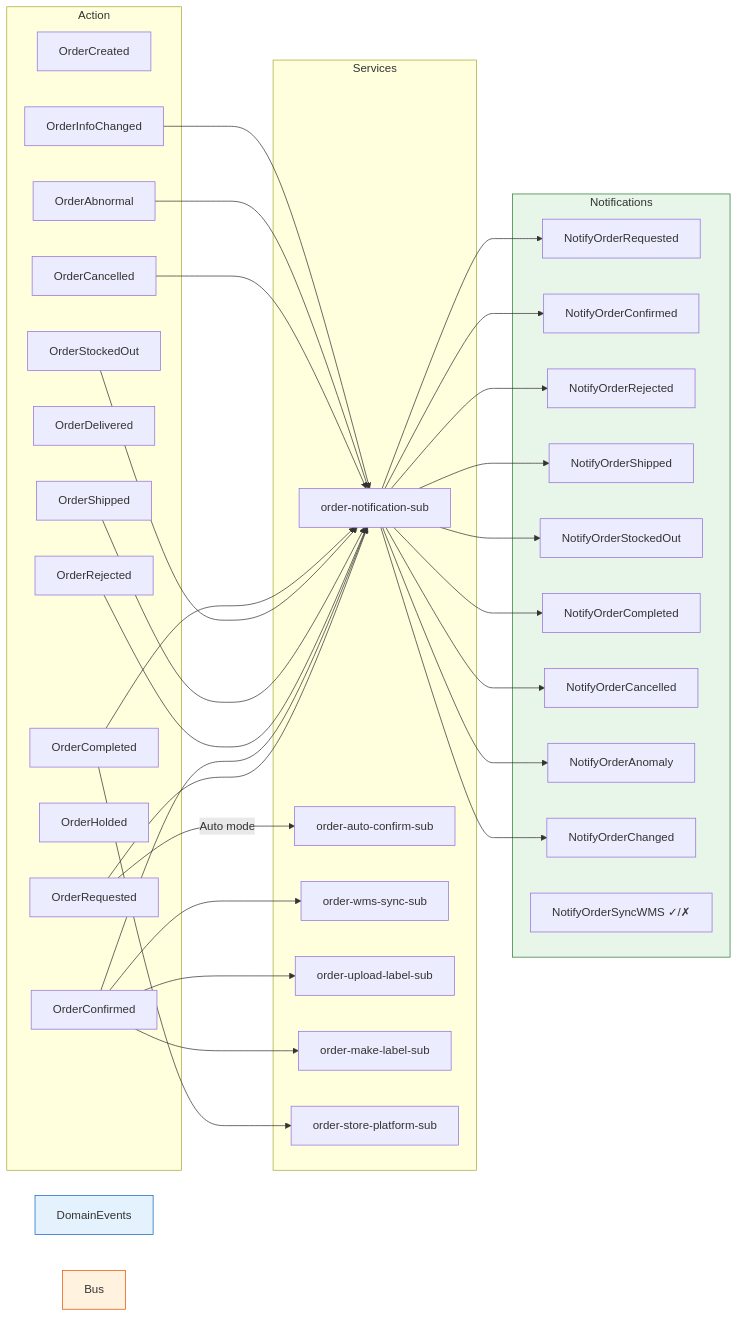
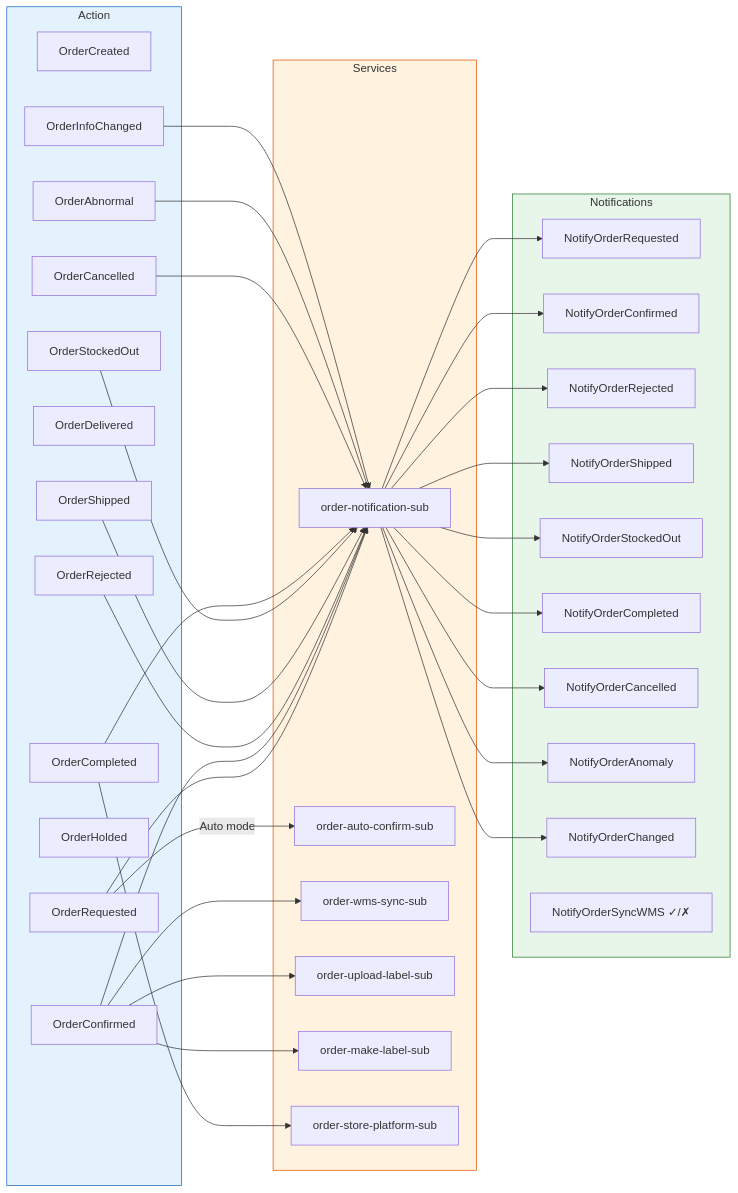
Before and after one commit to quanghieu93/mermaid-test: the second of 5 diagrams in Order-WorkFlow-2.md, drawn with Mermaid.

Commit message:
Update styles for Action and Services in workflow

````diff
--- a/Order-WorkFlow-2.md
+++ b/Order-WorkFlow-2.md
@@ -122,59 +122,59 @@
 ```mermaid
 flowchart LR
     subgraph Action
         E1["OrderCreated"]
         E2["OrderRequested"]
         E3["OrderRejected"]
         E4["OrderConfirmed"]
         E5["OrderShipped"]
         E6["OrderDelivered"]
         E7["OrderCompleted"]
         E8["OrderCancelled"]
         E9["OrderAbnormal"]
         E10["OrderHolded"]
         E11["OrderInfoChanged"]
         E12["OrderStockedOut"]
     end
 
     subgraph Services
         S1["order-notification-sub"]
         S2["order-auto-confirm-sub"]
         S3["order-wms-sync-sub"]
         S4["order-upload-label-sub"]
         S5["order-make-label-sub"]
         S6["order-store-platform-sub"]
     end
 
     subgraph Notifications
         N1["NotifyOrderRequested"]
         N2["NotifyOrderConfirmed"]
         N3["NotifyOrderRejected"]
         N4["NotifyOrderShipped"]
         N5["NotifyOrderStockedOut"]
         N6["NotifyOrderCompleted"]
         N7["NotifyOrderCancelled"]
         N8["NotifyOrderAnomaly"]
         N9["NotifyOrderChanged"]
         N10["NotifyOrderSyncWMS ✓/✗"]
     end
 
     E2 --> S1 --> N1
     E4 --> S1 --> N2
     E3 --> S1 --> N3
     E5 --> S1 --> N4
     E12 --> S1 --> N5
     E7 --> S1 --> N6
     E8 --> S1 --> N7
     E9 --> S1 --> N8
     E11 --> S1 --> N9
 
     E2 -->|"Auto mode"| S2
     E4 --> S3
     E4 --> S4
     E4 --> S5
     E7 --> S6
 
-    style DomainEvents fill:#e3f2fd,stroke:#1565c0
-    style Bus fill:#fff3e0,stroke:#e65100
+    style Action fill:#e3f2fd,stroke:#1565c0
+    style Services fill:#fff3e0,stroke:#e65100
     style Notifications fill:#e8f5e9,stroke:#2e7d32
 ```
````
